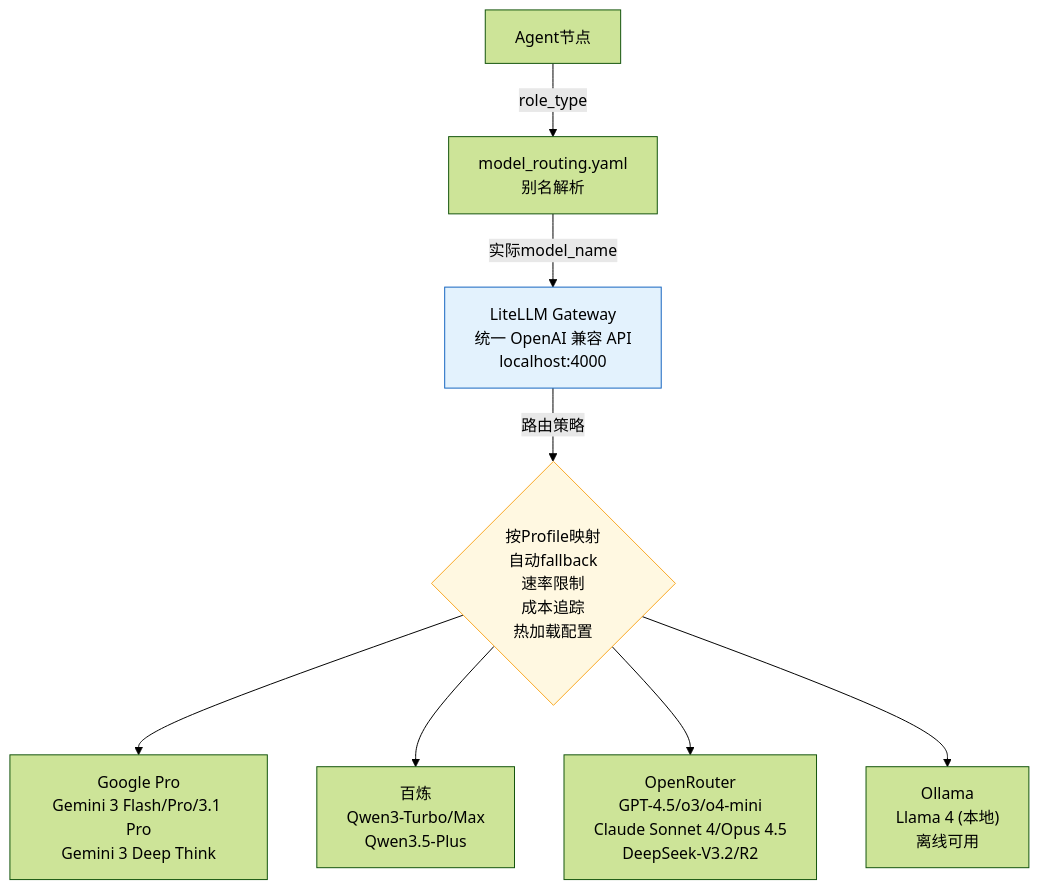
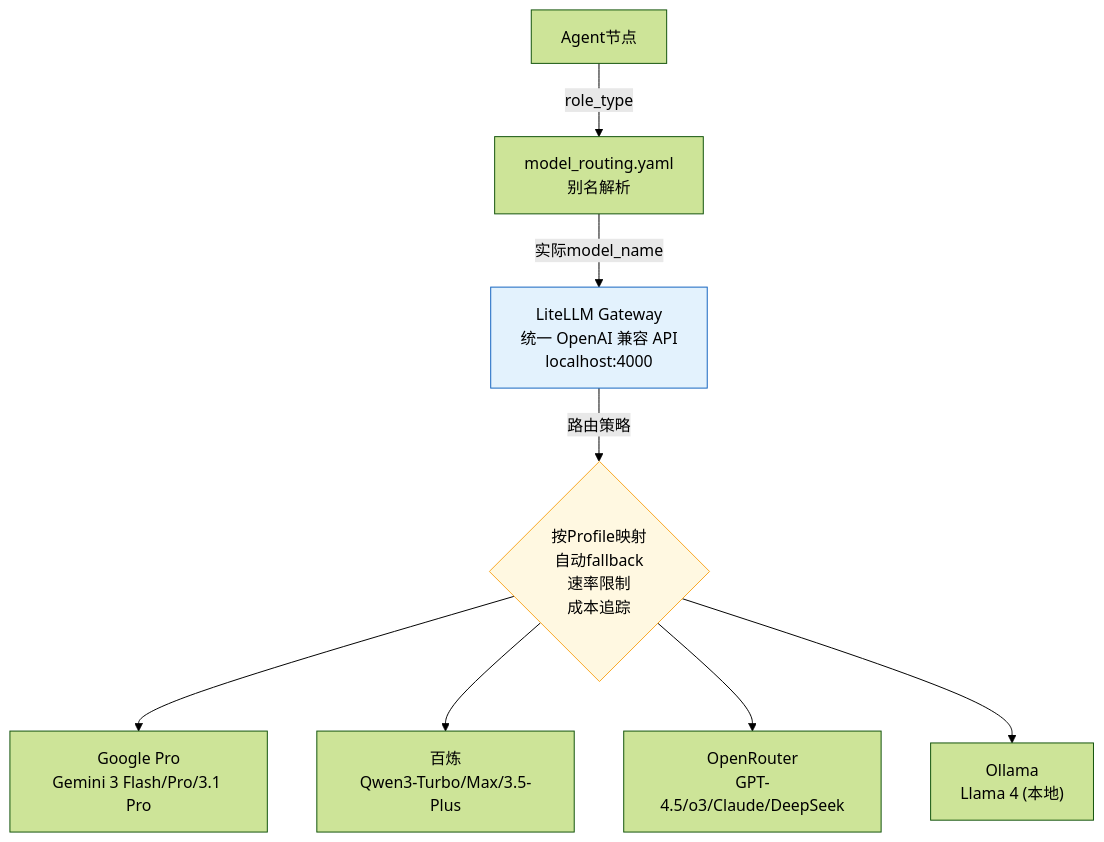
Before and after one commit to ZacBi/TradingAgents: the third of 11 diagrams in .qoder/specs/trading-agent-architecture-analysis.md, drawn with Mermaid (forest theme). The commit also changed other lines of this file and 5 other files, not shown here.

First line of the commit message:
docs(architecture): 完善多智能体交易框架架构文档

````diff
--- a/.qoder/specs/trading-agent-architecture-analysis.md
+++ b/.qoder/specs/trading-agent-architecture-analysis.md
@@ -403,15 +296,15 @@
 ```mermaid
 flowchart TD
     Agent["Agent节点"] -->|role_type| Config["model_routing.yaml\n别名解析"]
     Config -->|实际model_name| Gateway["LiteLLM Gateway\n统一 OpenAI 兼容 API\nlocalhost:4000"]
 
-    Gateway -->|路由策略| Strategy{"按Profile映射\n自动fallback\n速率限制\n成本追踪\n热加载配置"}
+    Gateway -->|路由策略| Strategy{"按Profile映射\n自动fallback\n速率限制\n成本追踪"}
 
-    Strategy --> G["Google Pro\nGemini 3 Flash/Pro/3.1 Pro\nGemini 3 Deep Think"]
-    Strategy --> B["百炼\nQwen3-Turbo/Max\nQwen3.5-Plus"]
-    Strategy --> O["OpenRouter\nGPT-4.5/o3/o4-mini\nClaude Sonnet 4/Opus 4.5\nDeepSeek-V3.2/R2"]
-    Strategy --> L["Ollama\nLlama 4 (本地)\n离线可用"]
+    Strategy --> G["Google Pro\nGemini 3 Flash/Pro/3.1 Pro"]
+    Strategy --> B["百炼\nQwen3-Turbo/Max/3.5-Plus"]
+    Strategy --> O["OpenRouter\nGPT-4.5/o3/Claude/DeepSeek"]
+    Strategy --> L["Ollama\nLlama 4 (本地)"]
 
     style Gateway fill:#e3f2fd,stroke:#1565c0
     style Strategy fill:#fff8e1,stroke:#f9a825
 ```
````
